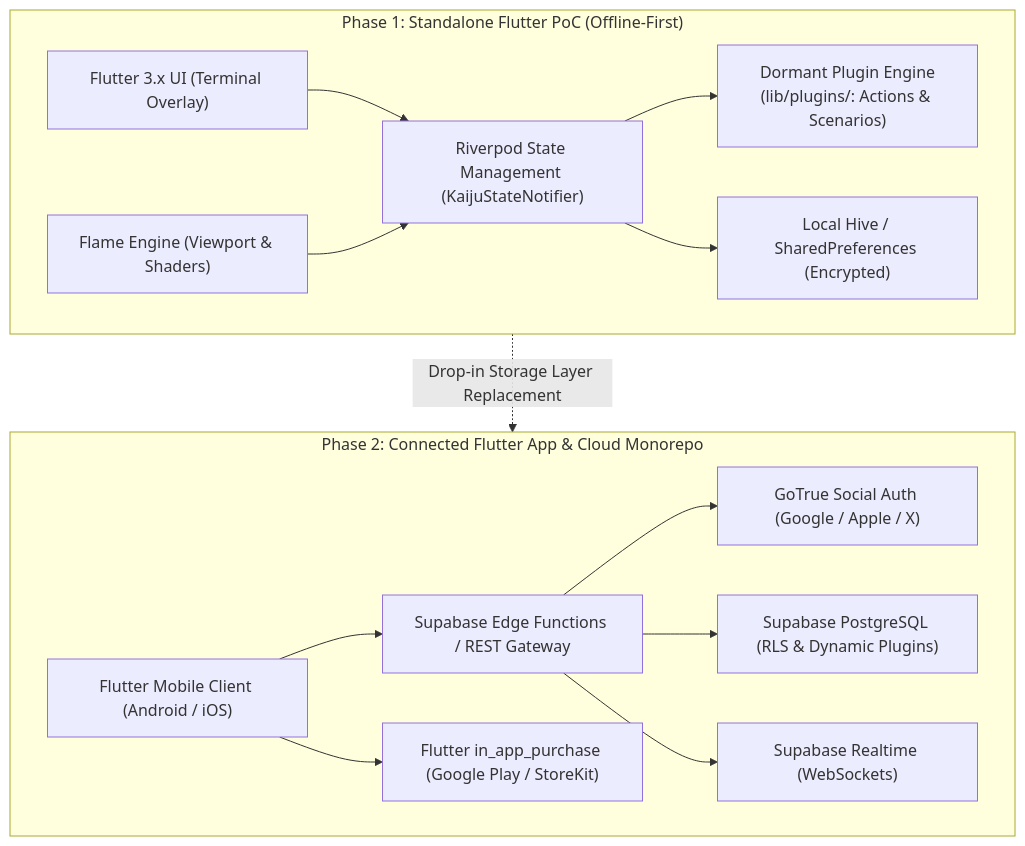
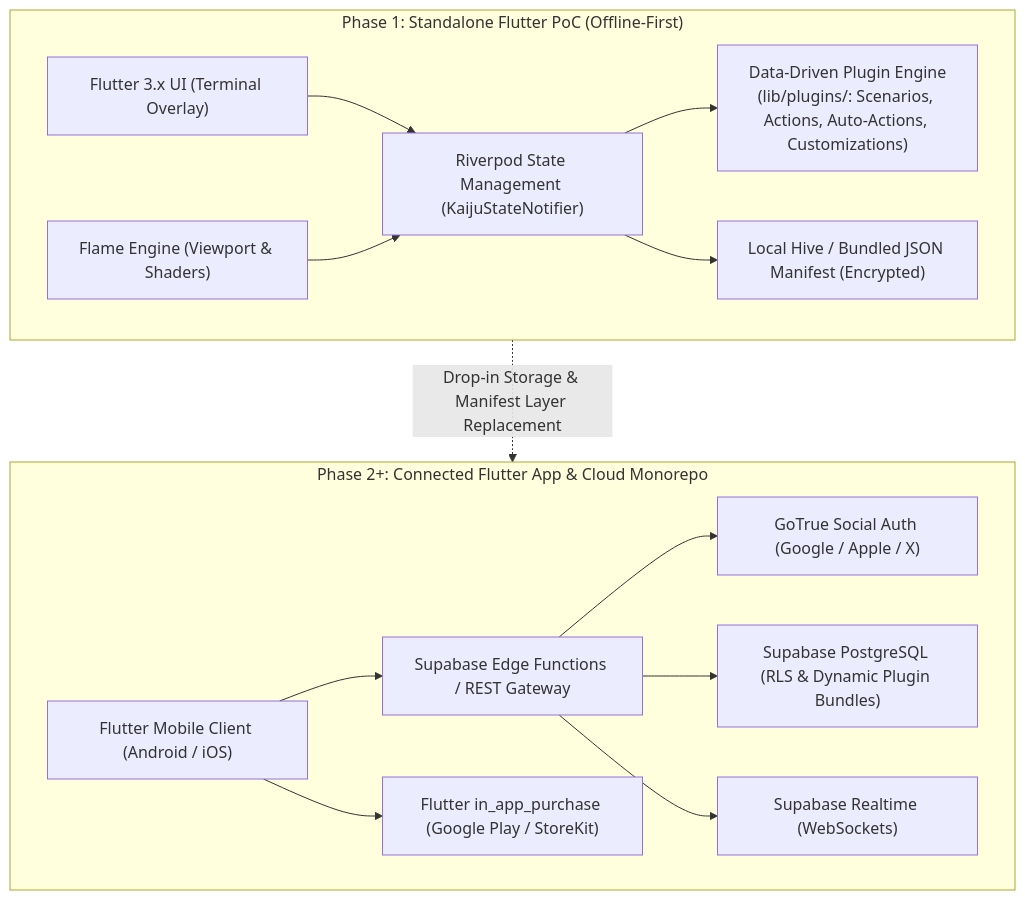
The diagram in Documentation/Architecture/01-system-overview.md (TheMrCorvy/HATCH.REF), drawn with Mermaid before and after one commit. The commit also changed other lines of this file and 55 other files, not shown here.

````diff
--- a/Documentation/Architecture/01-system-overview.md
+++ b/Documentation/Architecture/01-system-overview.md
@@ -9,32 +9,32 @@
 ```mermaid
 flowchart TD
     subgraph Phase1["Phase 1: Standalone Flutter PoC (Offline-First)"]
         FlutterUI["Flutter 3.x UI (Terminal Overlay)"]
         FlameEngine["Flame Engine (Viewport & Shaders)"]
         RiverpodState["Riverpod State Management (KaijuStateNotifier)"]
-        PluginSubsystem["Dormant Plugin Engine\n(lib/plugins/: Actions & Scenarios)"]
-        Storage1["Local Hive / SharedPreferences (Encrypted)"]
+        PluginSubsystem["Data-Driven Plugin Engine\n(lib/plugins/: Scenarios, Actions, Auto-Actions, Customizations)"]
+        Storage1["Local Hive / Bundled JSON Manifest (Encrypted)"]
 
         FlutterUI --> RiverpodState
         FlameEngine --> RiverpodState
         RiverpodState --> PluginSubsystem
         RiverpodState --> Storage1
     end
 
-    subgraph Phase2["Phase 2: Connected Flutter App & Cloud Monorepo"]
+    subgraph Phase2["Phase 2+: Connected Flutter App & Cloud Monorepo"]
         ClientApp["Flutter Mobile Client (Android / iOS)"]
         Gateway["Supabase Edge Functions / REST Gateway"]
         AuthService["GoTrue Social Auth (Google / Apple / X)"]
-        DBSync["Supabase PostgreSQL (RLS & Dynamic Plugins)"]
+        DBSync["Supabase PostgreSQL (RLS & Dynamic Plugin Bundles)"]
         RealtimeWS["Supabase Realtime (WebSockets)"]
         IAPEngine["Flutter in_app_purchase (Google Play / StoreKit)"]
 
         ClientApp --> Gateway
         Gateway --> AuthService
         Gateway --> DBSync
         Gateway --> RealtimeWS
         ClientApp --> IAPEngine
     end
 
-    Phase1 -.->|"Drop-in Storage Layer Replacement"| Phase2
+    Phase1 -.->|"Drop-in Storage & Manifest Layer Replacement"| Phase2
 ```
````
